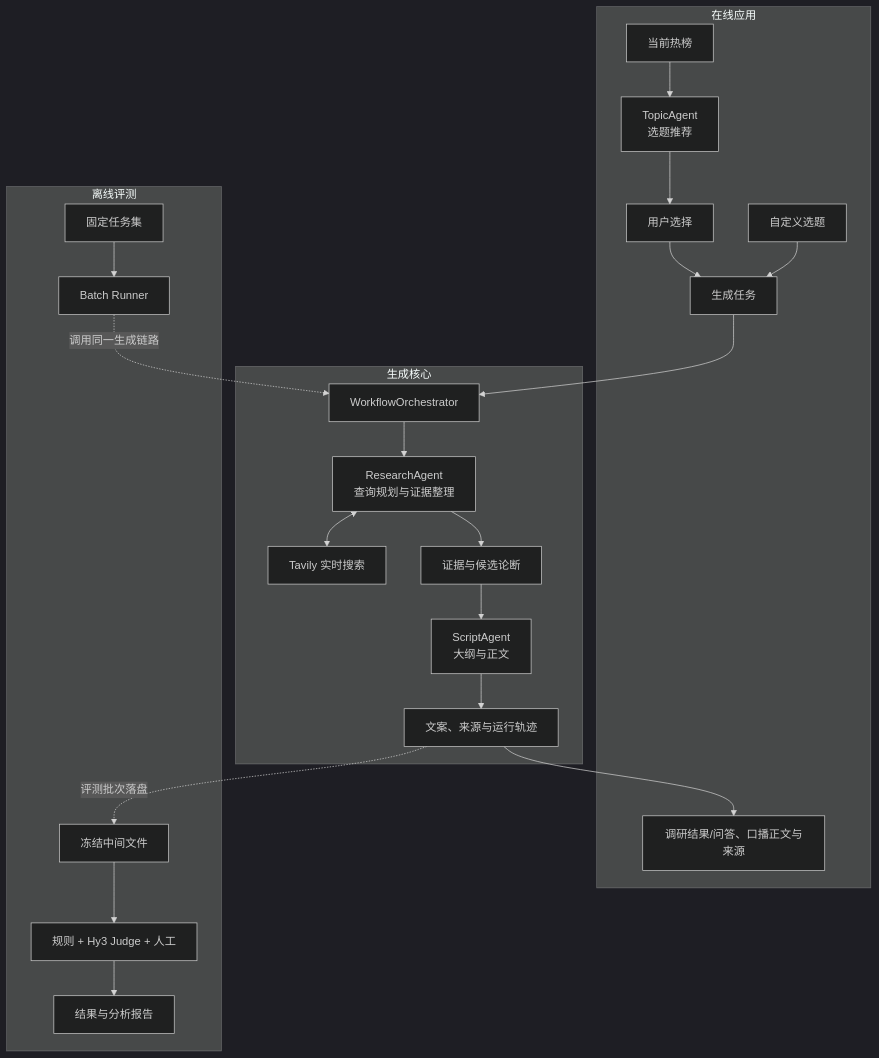
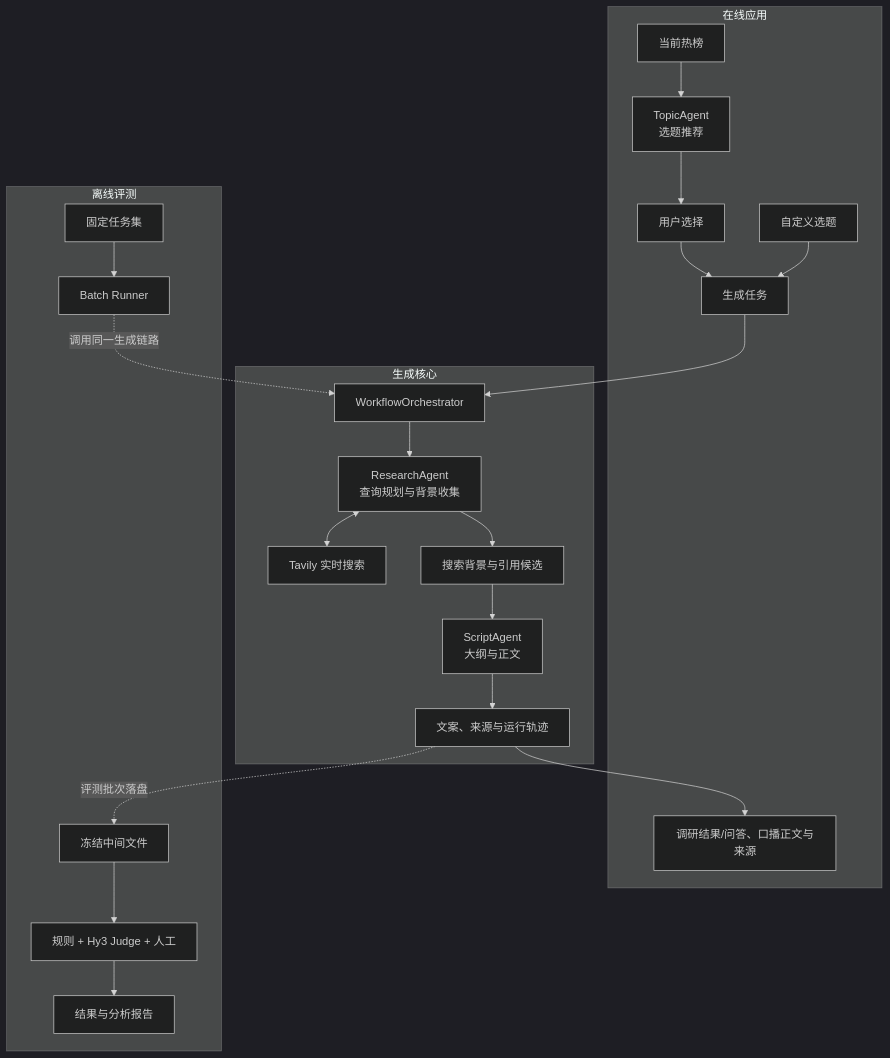
The diagram in PROJECT_PROPOSAL.md (moyitech/viral-script), drawn with Mermaid (dark theme) before and after one commit. The commit also changed other lines of this file and 5 other files, not shown here.

````diff
--- a/PROJECT_PROPOSAL.md
+++ b/PROJECT_PROPOSAL.md
@@ -48,29 +48,29 @@
 ```mermaid
 flowchart TB
     subgraph App[在线应用]
         Hotlist[当前热榜] --> Topic[TopicAgent<br/>选题推荐]
         Topic --> Pick[用户选择]
         Custom[自定义选题]
         Pick --> Task[生成任务]
         Custom --> Task
         Result[调研结果/问答、口播正文与来源]
     end
 
     subgraph Core[生成核心]
         Task --> Flow[WorkflowOrchestrator]
-        Flow --> Research[ResearchAgent<br/>查询规划与证据整理]
+        Flow --> Research[ResearchAgent<br/>查询规划与背景收集]
         Research <--> Search[Tavily 实时搜索]
-        Research --> Evidence[证据与候选论断]
-        Evidence --> Script[ScriptAgent<br/>大纲与正文]
+        Research --> Background[搜索背景与引用候选]
+        Background --> Script[ScriptAgent<br/>大纲与正文]
         Script --> Artifact[文案、来源与运行轨迹]
         Artifact --> Result
     end
 
     subgraph Eval[离线评测]
         Dataset[固定任务集] --> Runner[Batch Runner]
         Runner -. 调用同一生成链路 .-> Flow
         Artifact -. 评测批次落盘 .-> Frozen[冻结中间文件]
         Frozen --> Score[规则 + Hy3 Judge + 人工]
         Score --> Report[结果与分析报告]
     end
 ```
````
